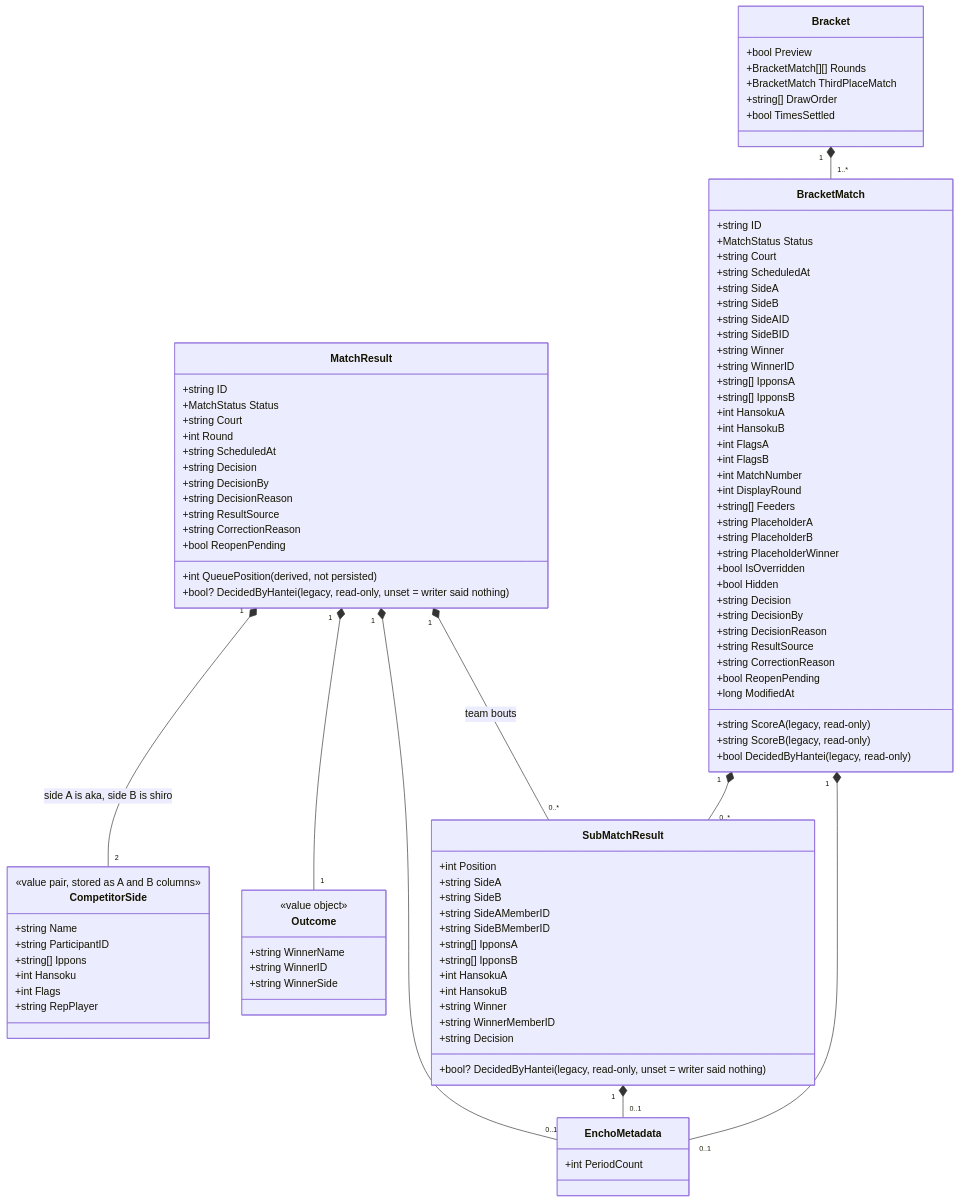
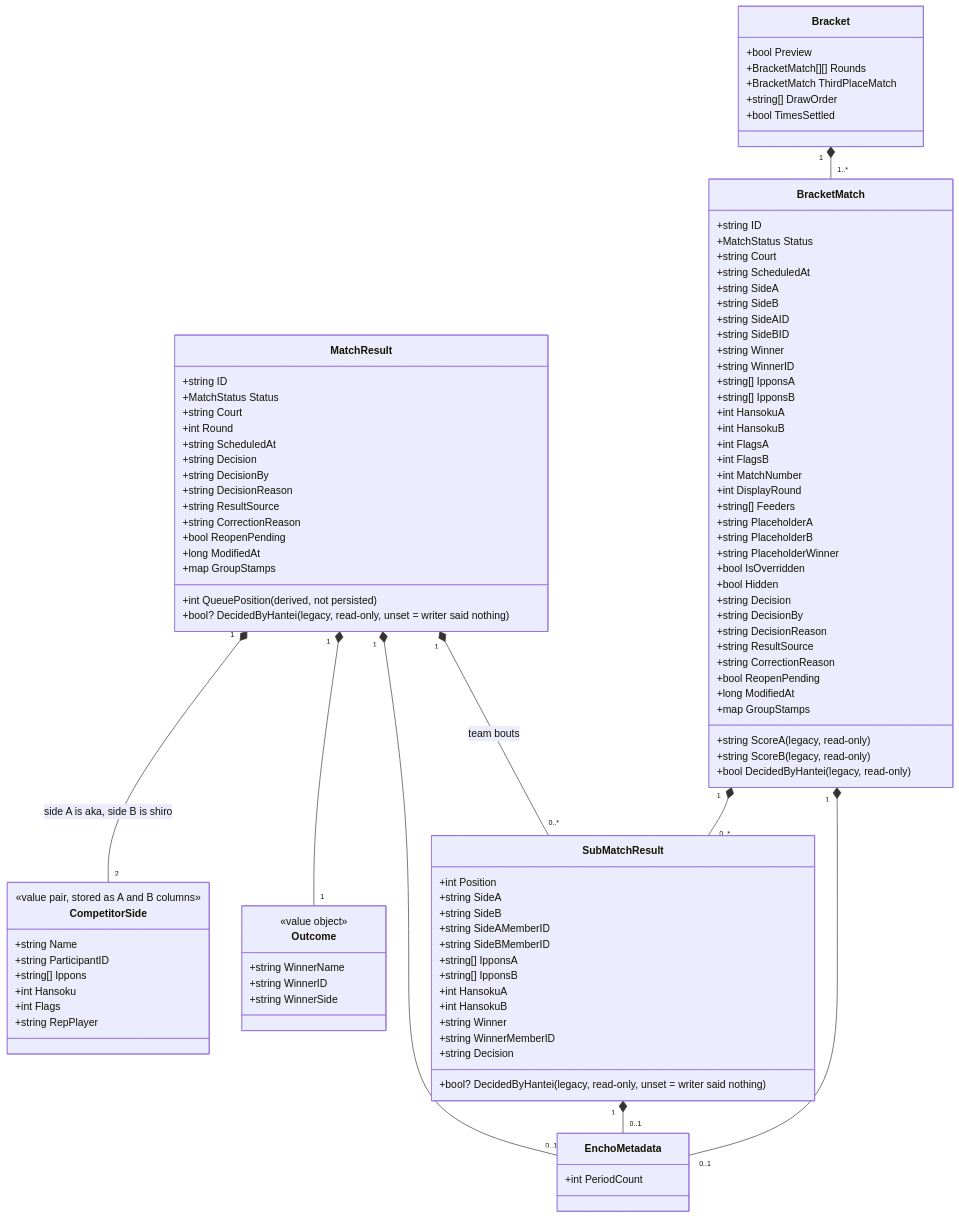
Before and after one commit to gitrgoliveira/bracket-creator: the second of 4 diagrams in docs/architecture/data-model.md, drawn with Mermaid. The commit also changed other lines of this file and 37 other files, not shown here.

```diff
--- a/docs/architecture/data-model.md
+++ b/docs/architecture/data-model.md
@@ -195,6 +195,8 @@
         +string ResultSource
         +string CorrectionReason
         +bool ReopenPending
+        +long ModifiedAt
+        +map GroupStamps
     }
 
     class CompetitorSide {
@@ -277,6 +279,7 @@
         +bool ReopenPending
         +bool DecidedByHantei (legacy, read-only)
         +long ModifiedAt
+        +map GroupStamps
     }
 
     MatchResult "1" *-- "2" CompetitorSide : side A is aka, side B is shiro
```
